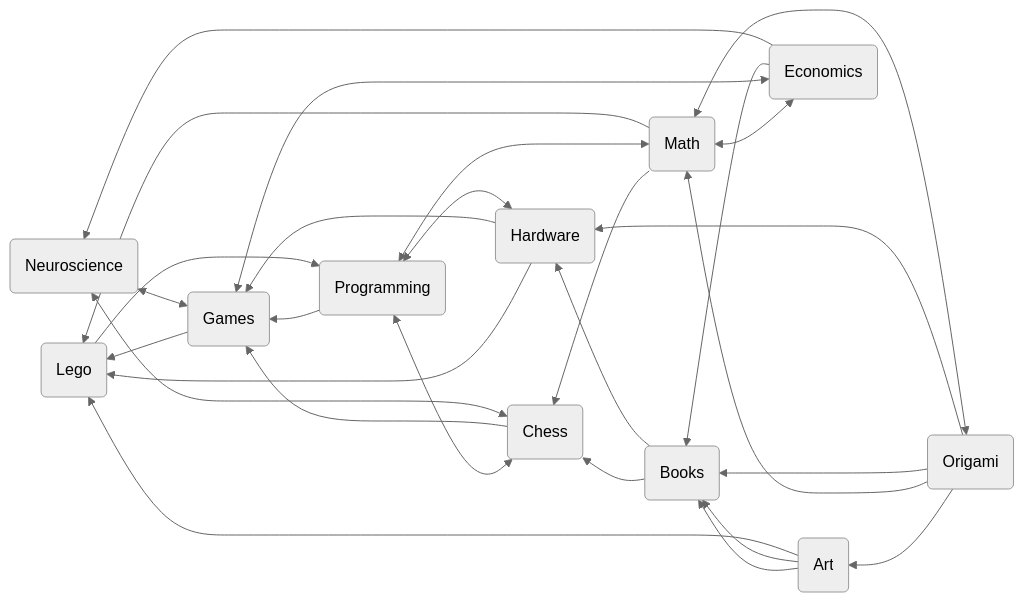
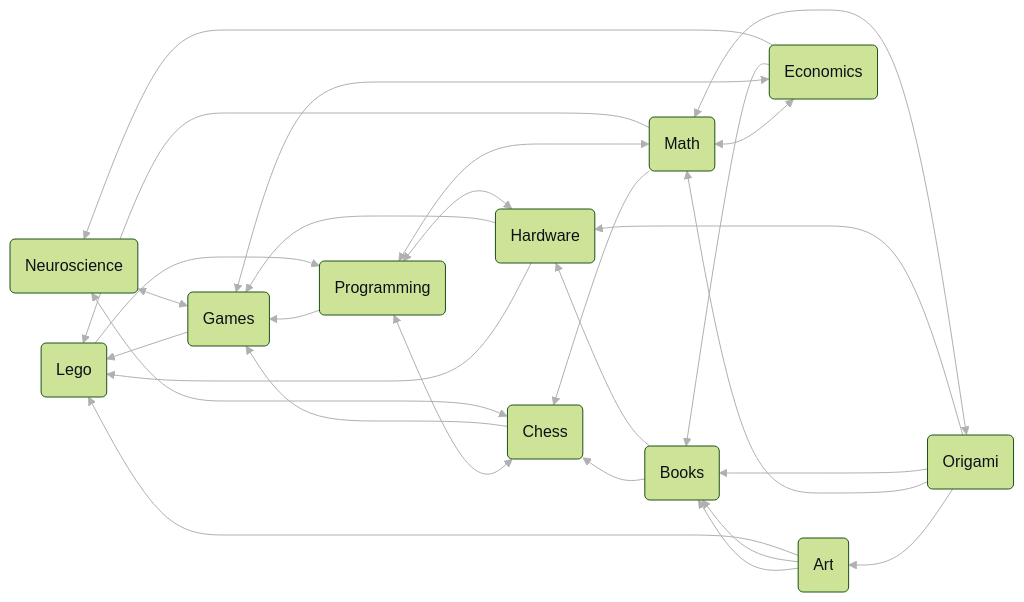
One commit to Rockroyal305/Rockroyal305 changed the diagram in README.md. Above: the diagram before and after it, drawn with Mermaid.

````diff
--- a/README.md
+++ b/README.md
@@ -5,32 +5,44 @@
 ```mermaid
-%%{init:{"theme":"neutral"}}%%
+%%{
+  init: {
+    'theme': 'base',
+    'themeVariables': {
+      'primaryColor': '#CDE498',
+      'primaryTextColor': '#0D1117',
+      'primaryBorderColor': '#1D5116',
+      'lineColor': '#B0B0B0',
+      'secondaryColor': '#093F42',
+      'tertiaryColor': '#B0B0B0'
+    }
+  }
+}%%
   flowchart RL;
     M(Math) --> C(Chess)
     M <--> P(Programming)
     C <--> P
     C & P --> G(Games)
     B(Books)
     A(Art) --> B
     A --> B
     E(Economics) <--> M & G
     B --> C
     E --> B
     A & M & G --> L(Lego)
     L --> P
     H(Hardware) --> L & G
     H <--> P
     B --> H
     C <--> N(Neuroscience)
     G <--> N
     E --> N
     O(Origami) --> A
     O --> M & B & H
     O <--> M
-    click A href "https://rockroyal305.github.io/Rockroyal.github.io/art.html" "new"
+    click A href "https://rockroyal305.github.io/Rockroyal.github.io/art.html" "_blank"
     click C href "https://rockroyal305.github.io/Rockroyal.github.io/index.html#chess" "_blank"
     click L href "https://rockroyal305.github.io/Rockroyal.github.io/art.html#lego-concepts" "_blank"
     click P href "https://rockroyal305.github.io/Rockroyal.github.io/index.html#programming--ai" "_blank"
     click N href "https://rockroyal305.github.io/Rockroyal.github.io/index.html#neuroscience" "_blank"
     click H href "https://rockroyal305.github.io/Rockroyal.github.io/index.html#robotics" "_blank"
     click O href "https://rockroyal305.github.io/Rockroyal.github.io/art.html#origami-creations" "_blank"
 ```
````
